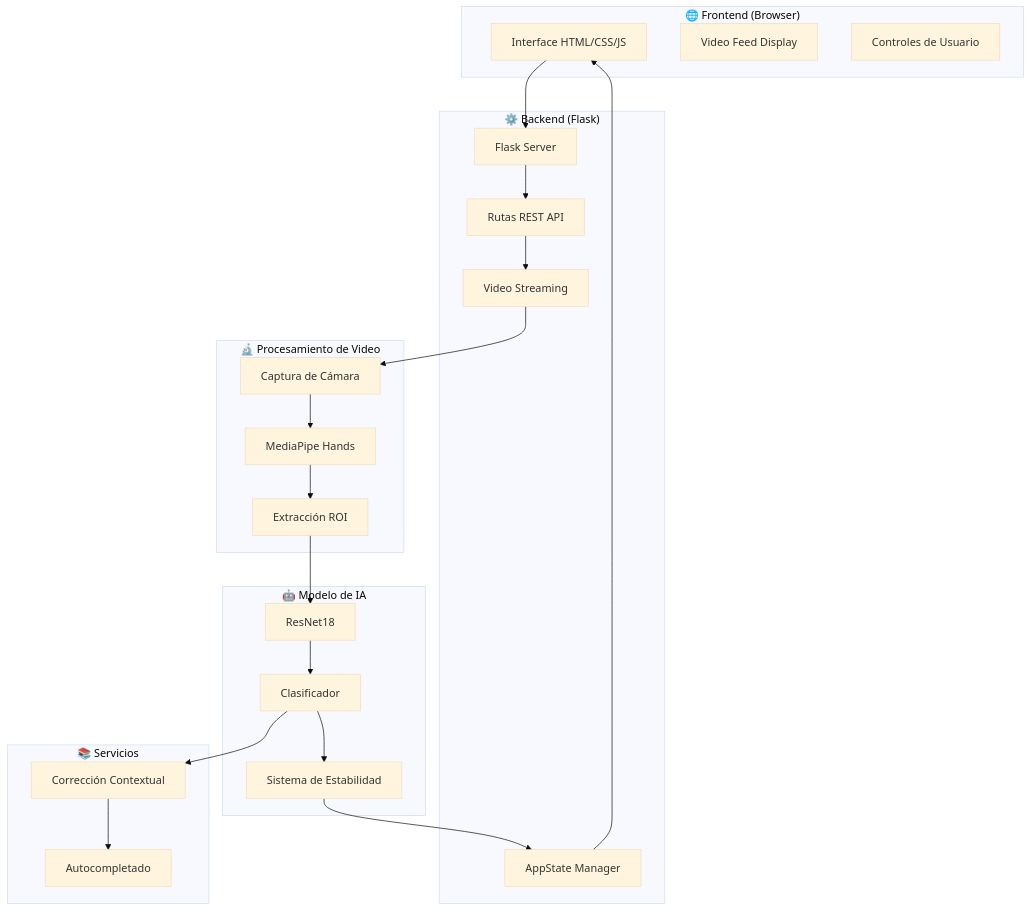
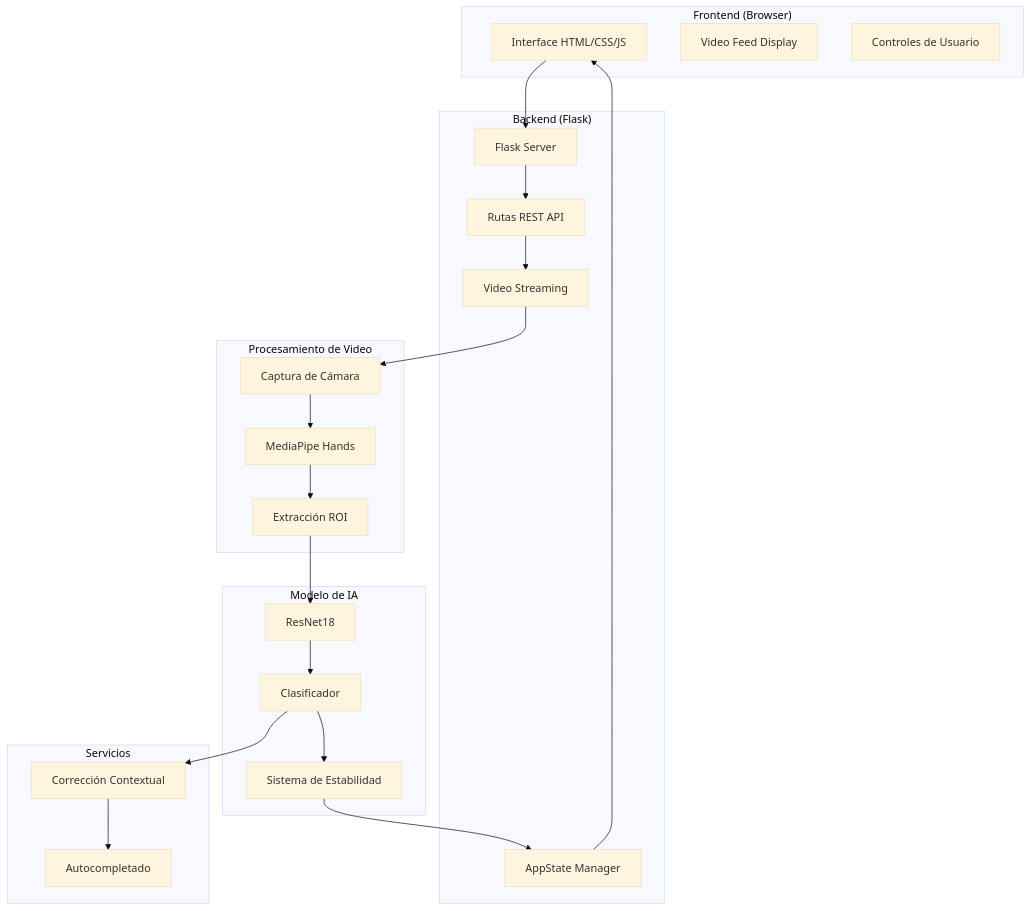
The diagram in docs/ARCHITECTURE.md (ravenstorm23/Traductor_de_se-as), drawn with Mermaid (base theme) before and after one commit. The commit also changed other lines of this file, not shown here.

Commit message:
Refactor architecture document for clarity and formatting

````diff
--- a/docs/ARCHITECTURE.md
+++ b/docs/ARCHITECTURE.md
@@ -9,46 +9,46 @@
 ```mermaid
 graph TB
-    subgraph Cliente["🌐 Frontend (Browser)"]
+    subgraph Cliente[" Frontend (Browser)"]
         UI[Interface HTML/CSS/JS]
         Video[Video Feed Display]
         Controls[Controles de Usuario]
     end
     
-    subgraph Servidor["⚙️ Backend (Flask)"]
+    subgraph Servidor[" Backend (Flask)"]
         Flask[Flask Server]
         Routes[Rutas REST API]
         VideoStream[Video Streaming]
         State[AppState Manager]
     end
     
-    subgraph Procesamiento["🔬 Procesamiento de Video"]
+    subgraph Procesamiento[" Procesamiento de Video"]
         Camera[Captura de Cámara]
         MediaPipe[MediaPipe Hands]
         ROI[Extracción ROI]
     end
     
-    subgraph IA["🤖 Modelo de IA"]
+    subgraph IA[" Modelo de IA"]
         ResNet[ResNet18]
         Predictor[Clasificador]
         Stability[Sistema de Estabilidad]
     end
     
-    subgraph Servicios["📚 Servicios"]
+    subgraph Servicios[" Servicios"]
         Dict[Autocompletado]
         Context[Corrección Contextual]
     end
     
     UI --> Flask
     Flask --> Routes
     Routes --> VideoStream
     VideoStream --> Camera
     Camera --> MediaPipe
     MediaPipe --> ROI
     ROI --> ResNet
     ResNet --> Predictor
     Predictor --> Stability
     Stability --> State
     Predictor --> Context
     Context --> Dict
     State --> UI
 ```
````
